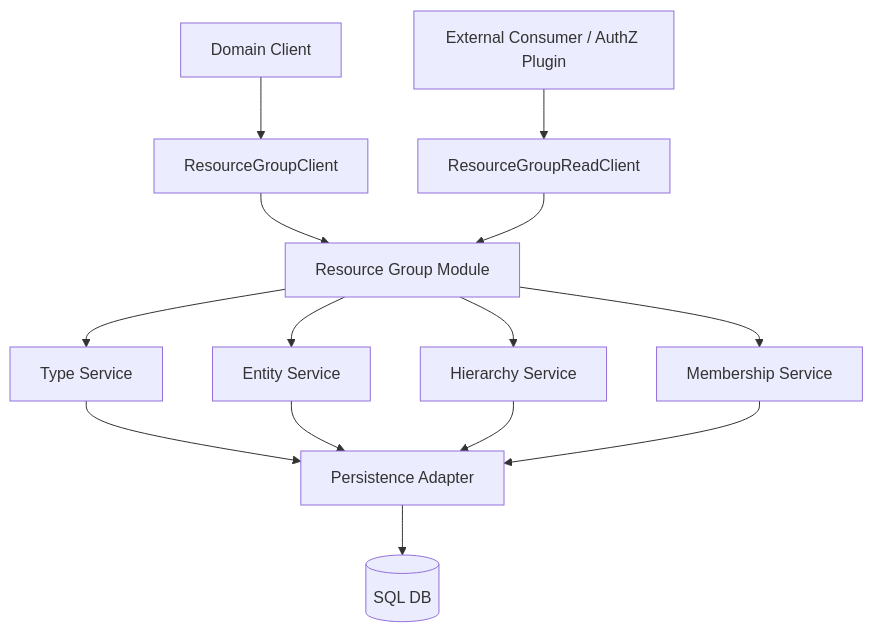
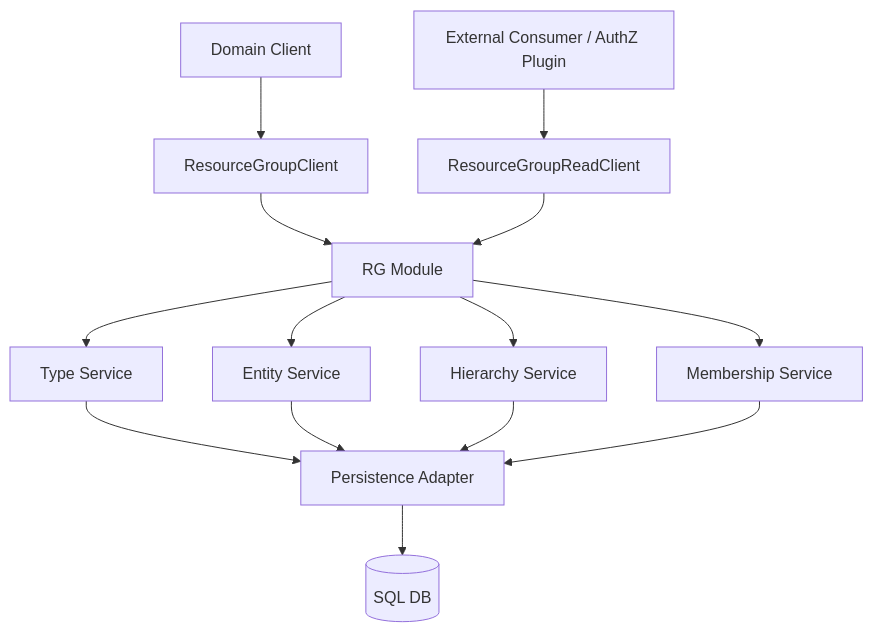
One commit to ffedoroff/cyberfabric-core changed the first of 4 diagrams in modules/system/resource-group/docs/DESIGN.md. Above: the diagram before and after it, drawn with Mermaid. The commit also changed other lines of this file and 4 other files, not shown here.

````diff
--- a/modules/system/resource-group/docs/DESIGN.md
+++ b/modules/system/resource-group/docs/DESIGN.md
@@ -183,16 +185,16 @@
 ```mermaid
 graph TD
     A[Domain Client] --> B[ResourceGroupClient]
     X[External Consumer / AuthZ Plugin] --> C[ResourceGroupReadClient]
-    B --> D[Resource Group Module]
+    B --> D[RG Module]
     C --> D
     D --> E[Type Service]
     D --> F[Entity Service]
     D --> G[Hierarchy Service]
     D --> H[Membership Service]
     E --> I[Persistence Adapter]
     F --> I
     G --> I
     H --> I
     I --> J[(SQL DB)]
 ```
````
